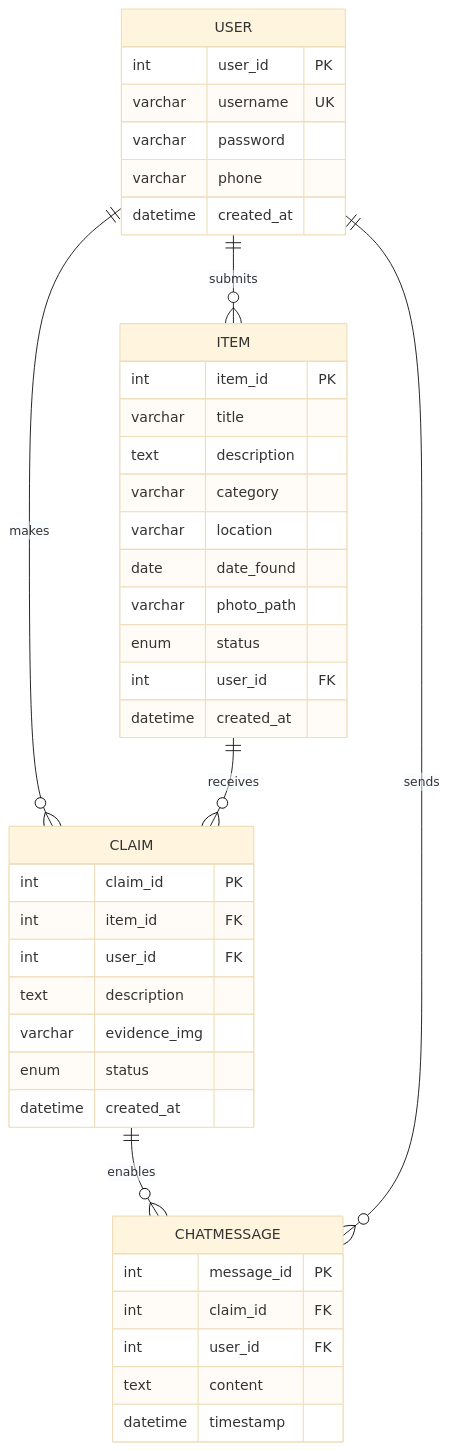
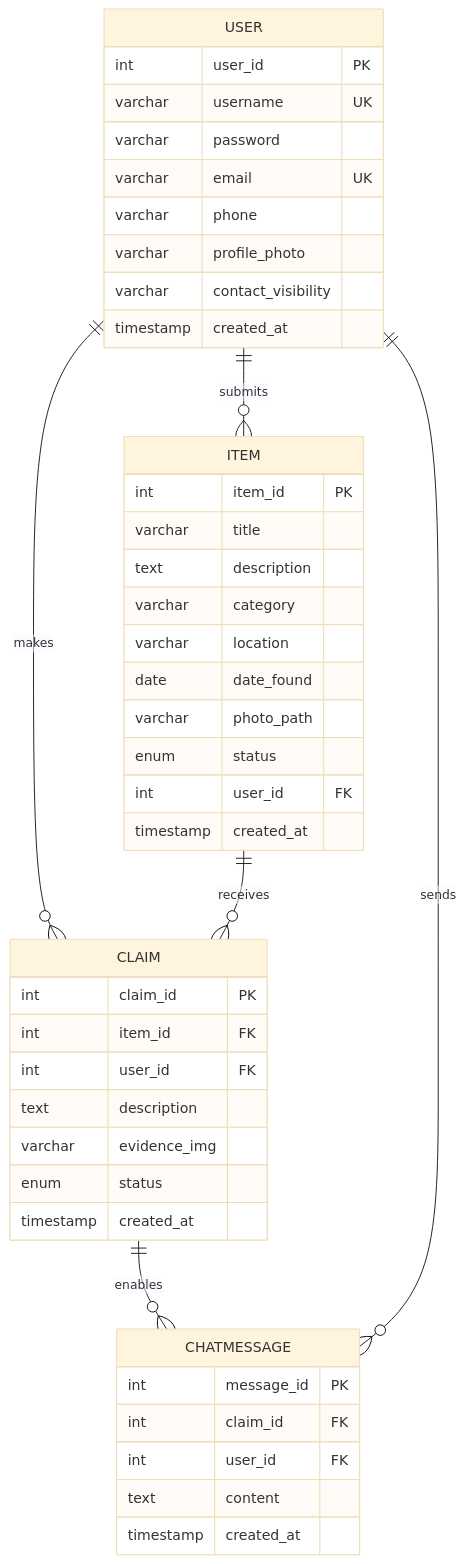
One commit to Irenemicooo/WheresMyPie changed the diagram in doc/project-specification.md. Above: the diagram before and after it, drawn with Mermaid (base theme).

Commit message:
mermaid ERD diagram modified

````diff
--- a/doc/project-specification.md
+++ b/doc/project-specification.md
@@ -63,47 +63,50 @@
 ```mermaid
 erDiagram
     USER {
         int user_id PK
         varchar username UK
         varchar password
+        varchar email UK
         varchar phone
-        datetime created_at
+        varchar profile_photo
+        varchar contact_visibility
+        timestamp created_at
     }
     
     ITEM {
         int item_id PK
         varchar title
         text description
         varchar category
         varchar location
         date date_found
         varchar photo_path
         enum status
         int user_id FK
-        datetime created_at
+        timestamp created_at
     }
     
     CLAIM {
         int claim_id PK
         int item_id FK
         int user_id FK
         text description
         varchar evidence_img
         enum status
-        datetime created_at
+        timestamp created_at
     }
     
     CHATMESSAGE {
         int message_id PK
         int claim_id FK
         int user_id FK
         text content
-        datetime timestamp
+        timestamp created_at
     }
     
     USER ||--o{ ITEM : "submits"
     USER ||--o{ CLAIM : "makes"
     ITEM ||--o{ CLAIM : "receives"
     CLAIM ||--o{ CHATMESSAGE : "enables"
     USER ||--o{ CHATMESSAGE : "sends"
 ```
````
